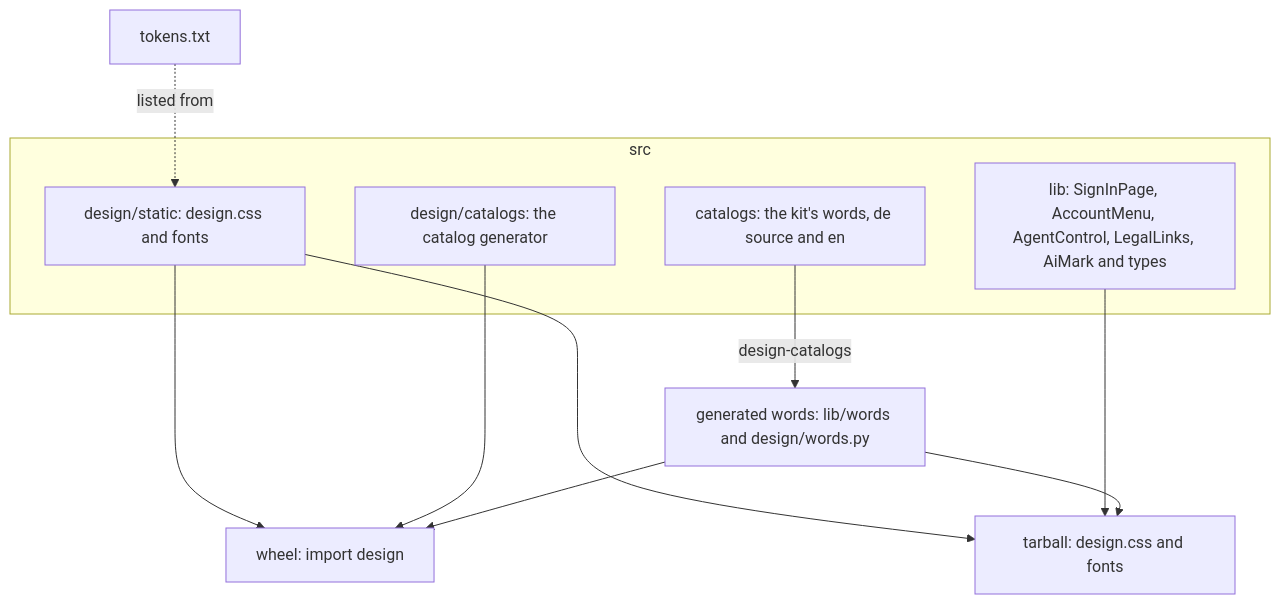
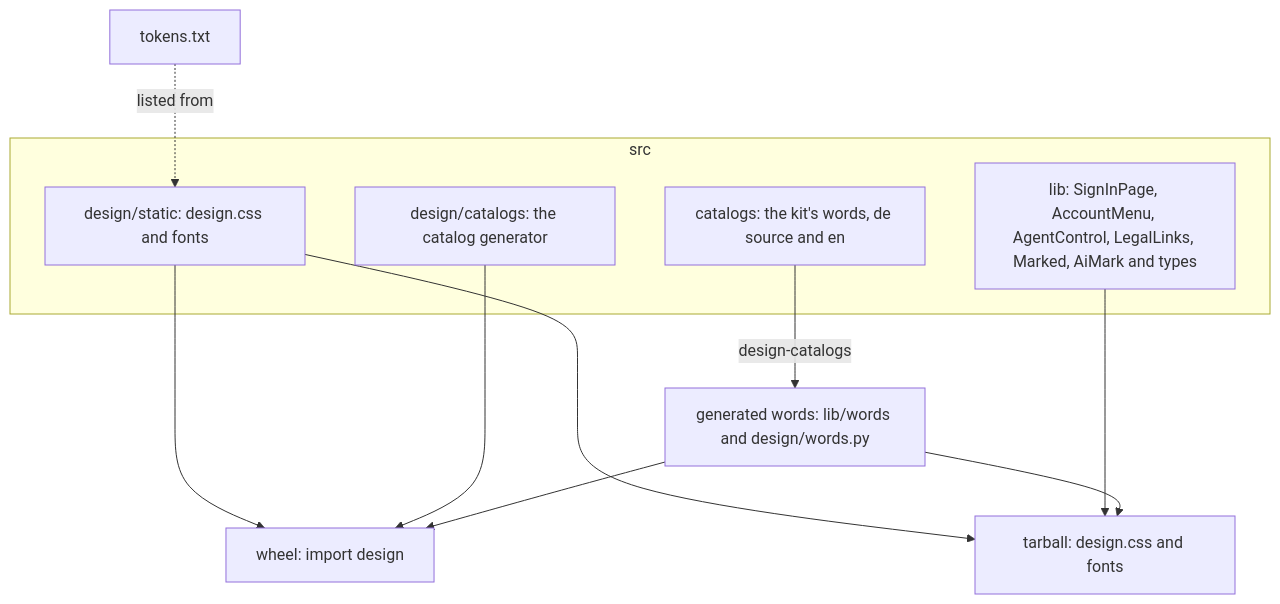
One commit to overnightworks/appkit changed the second of 3 diagrams in docs/ARCHITECTURE.md. Above: the diagram before and after it, drawn with Mermaid. The commit also changed other lines of this file and 18 other files, not shown here.

````diff
--- a/docs/ARCHITECTURE.md
+++ b/docs/ARCHITECTURE.md
@@ -34,17 +34,17 @@
 ```mermaid
 flowchart TB
   subgraph source[src]
     css[design/static: design.css and fonts]
-    comp[lib: SignInPage, AccountMenu, AgentControl, LegalLinks, AiMark and types]
+    comp[lib: SignInPage, AccountMenu, AgentControl, LegalLinks, Marked, AiMark and types]
     gen[design/catalogs: the catalog generator]
     cat[catalogs: the kit's words, de source and en]
   end
   cat -- design-catalogs --> words[generated words: lib/words and design/words.py]
   css --> wheel[wheel: import design]
   gen --> wheel
   words --> wheel
   css --> tgz[tarball: design.css and fonts]
   comp --> tgz
   words --> tgz
   tokens[tokens.txt] -. listed from .-> css
 ```
````
